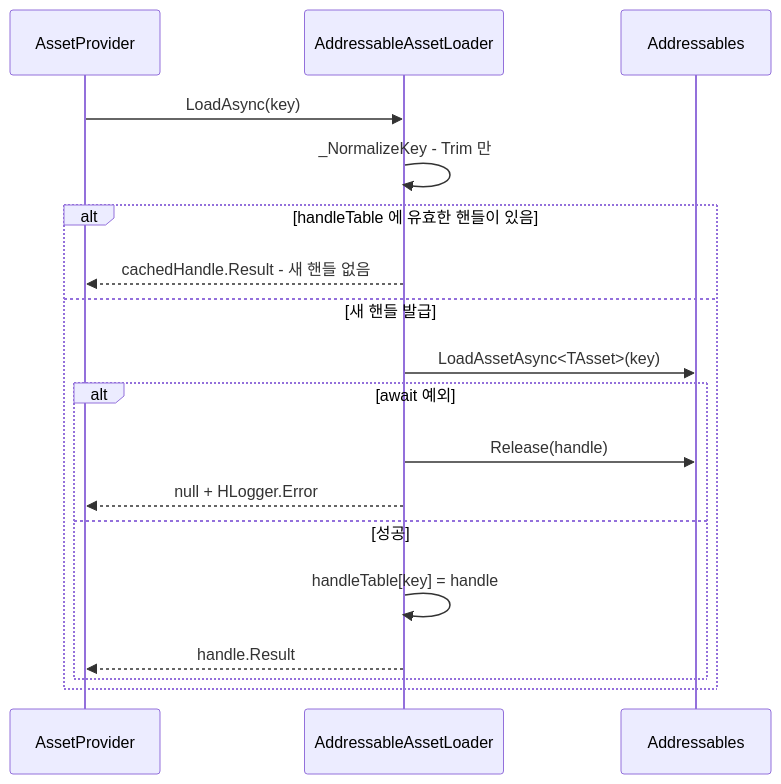
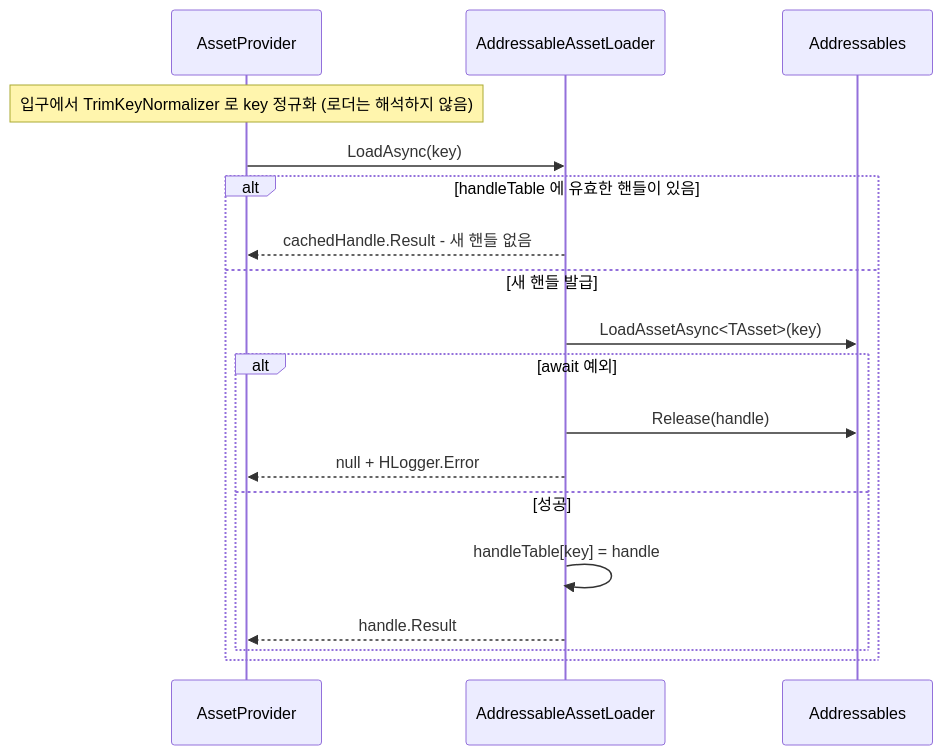
The second of 3 diagrams in HResource/docs/Load.md (HoHong123/HCUP-Unity), drawn with Mermaid before and after one commit. The commit also changed other lines of this file, not shown here.

Commit message:
[Docs] 📝 22.09.26 Document provider entry key normalization in the Load doc

````diff
--- a/HResource/docs/Load.md
+++ b/HResource/docs/Load.md
@@ -70,21 +81,21 @@
 ```mermaid
 sequenceDiagram
     participant P as AssetProvider
     participant L as AddressableAssetLoader
     participant AD as Addressables
 
+    Note over P: 입구에서 TrimKeyNormalizer 로 key 정규화 (로더는 해석하지 않음)
     P->>L: LoadAsync(key)
-    L->>L: _NormalizeKey - Trim 만
     alt handleTable 에 유효한 핸들이 있음
         L-->>P: cachedHandle.Result - 새 핸들 없음
     else 새 핸들 발급
         L->>AD: LoadAssetAsync<TAsset>(key)
         alt await 예외
             L->>AD: Release(handle)
             L-->>P: null + HLogger.Error
         else 성공
             L->>L: handleTable[key] = handle
             L-->>P: handle.Result
         end
     end
 ```
````
